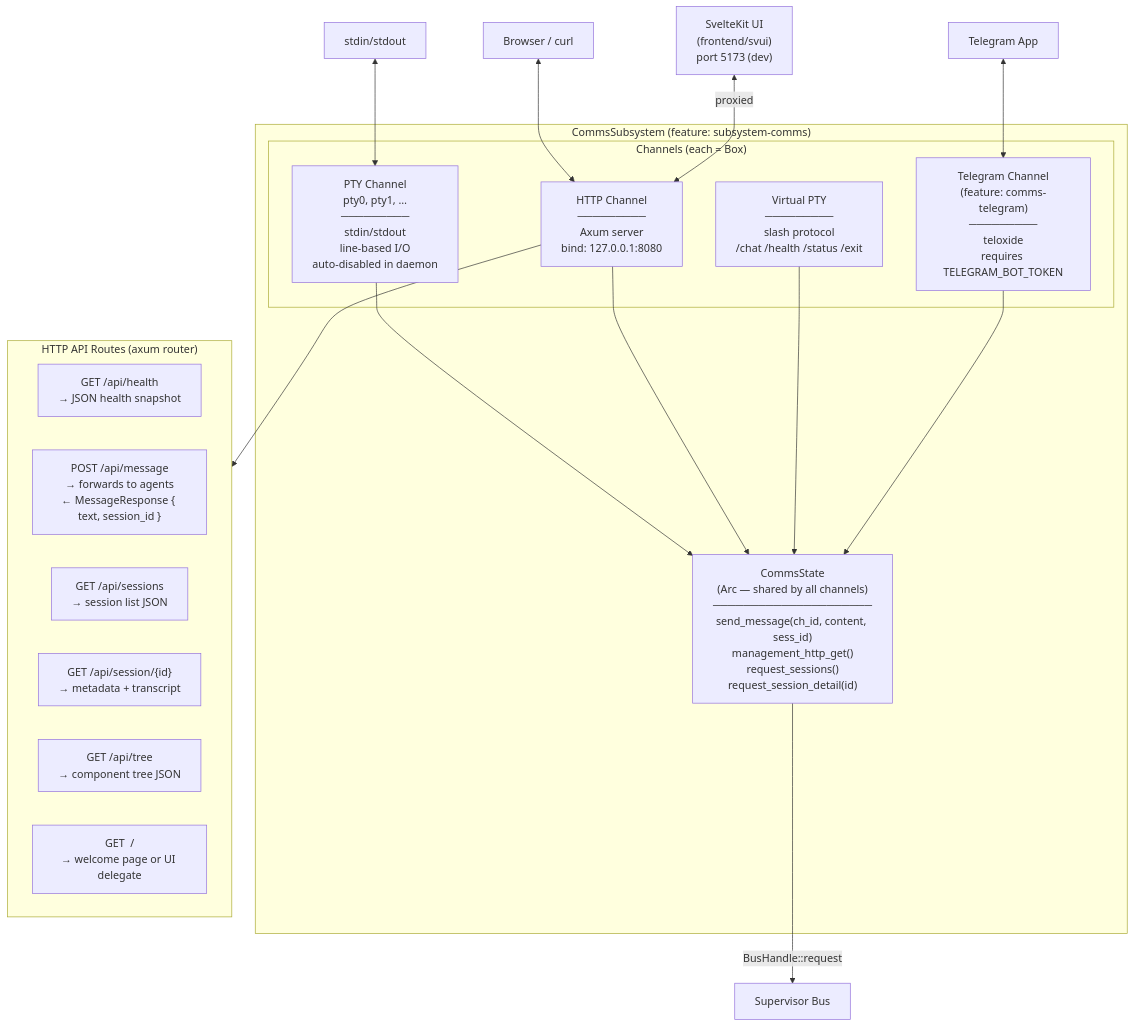
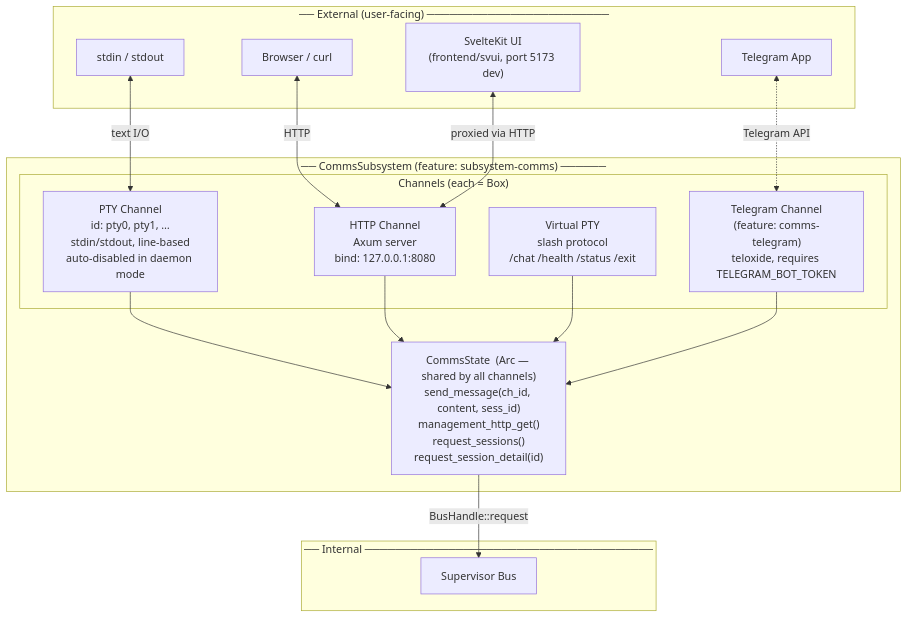
Before and after one commit to xcorat/araliya-bot: the tenth of 16 diagrams in docs/architecture/diagrams.md, drawn with Mermaid. The commit also changed other lines of this file, not shown here.

First line of the commit message:
docs: fix Mermaid render errors and restructure large diagrams

````diff
--- a/docs/architecture/diagrams.md
+++ b/docs/architecture/diagrams.md
@@ -341,36 +381,35 @@
 ```mermaid
 graph TB
-    subgraph COMMS["CommsSubsystem  (feature: subsystem-comms)"]
-        CS["CommsState\n(Arc — shared by all channels)\n─────────────────────\nsend_message(ch_id, content, sess_id)\nmanagement_http_get()\nrequest_sessions()\nrequest_session_detail(id)"]
+    subgraph EXTERNAL["── External (user-facing) ────────────────────────"]
+        USER1["stdin / stdout"]
+        USER2["Browser / curl"]
+        USER3["Telegram App"]
+        SVUI["SvelteKit UI<br/>(frontend/svui, port 5173 dev)"]
+    end
 
+    subgraph COMMS["── CommsSubsystem  (feature: subsystem-comms) ──────"]
         subgraph CHANNELS["Channels  (each = Box<dyn Component>)"]
-            PTY["PTY Channel\npty0, pty1, …\n─────────\nstdin/stdout\nline-based I/O\nauto-disabled in daemon"]
-            HTTP["HTTP Channel\n─────────\nAxum server\nbind: 127.0.0.1:8080"]
-            VPTY["Virtual PTY\n─────────\nslash protocol\n/chat /health /status /exit"]
-            TG["Telegram Channel\n(feature: comms-telegram)\n─────────\nteloxide\nrequires TELEGRAM_BOT_TOKEN"]
+            PTY["PTY Channel<br/>id: pty0, pty1, …<br/>stdin/stdout, line-based<br/>auto-disabled in daemon mode"]
+            HTTP["HTTP Channel<br/>Axum server<br/>bind: 127.0.0.1:8080"]
+            VPTY["Virtual PTY<br/>slash protocol<br/>/chat /health /status /exit"]
+            TG["Telegram Channel<br/>(feature: comms-telegram)<br/>teloxide, requires TELEGRAM_BOT_TOKEN"]
         end
 
-        PTY --> CS
+        CS["CommsState  (Arc — shared by all channels)<br/>send_message(ch_id, content, sess_id)<br/>management_http_get()<br/>request_sessions()<br/>request_session_detail(id)"]
+
+        PTY  --> CS
         HTTP --> CS
         VPTY --> CS
-        TG --> CS
+        TG   --> CS
     end
 
-    CS -->|BusHandle::request| BUS["Supervisor Bus"]
-
-    subgraph HTTP_API["HTTP API Routes  (axum router)"]
-        R1["GET  /api/health\n→ JSON health snapshot"]
-        R2["POST /api/message\n→ forwards to agents\n← MessageResponse { text, session_id }"]
-        R3["GET  /api/sessions\n→ session list JSON"]
-        R4["GET  /api/session/{id}\n→ metadata + transcript"]
-        R5["GET  /api/tree\n→ component tree JSON"]
-        R6["GET  /\n→ welcome page or UI delegate"]
+    subgraph INTERNAL["── Internal ──────────────────────────────────────"]
+        BUS["Supervisor Bus"]
     end
 
-    HTTP --> HTTP_API
-
-    USER1["stdin/stdout"] <--> PTY
-    USER2["Browser / curl"] <--> HTTP
-    USER3["Telegram App"] <--> TG
-    SVUI["SvelteKit UI\n(frontend/svui)\nport 5173 (dev)"] <-->|proxied| HTTP
+    USER1 <-->|text I/O| PTY
+    USER2 <-->|HTTP| HTTP
+    USER3 <-.->|Telegram API| TG
+    SVUI  <-->|proxied via HTTP| HTTP
+    CS    -->|BusHandle::request| BUS
 ```
````
